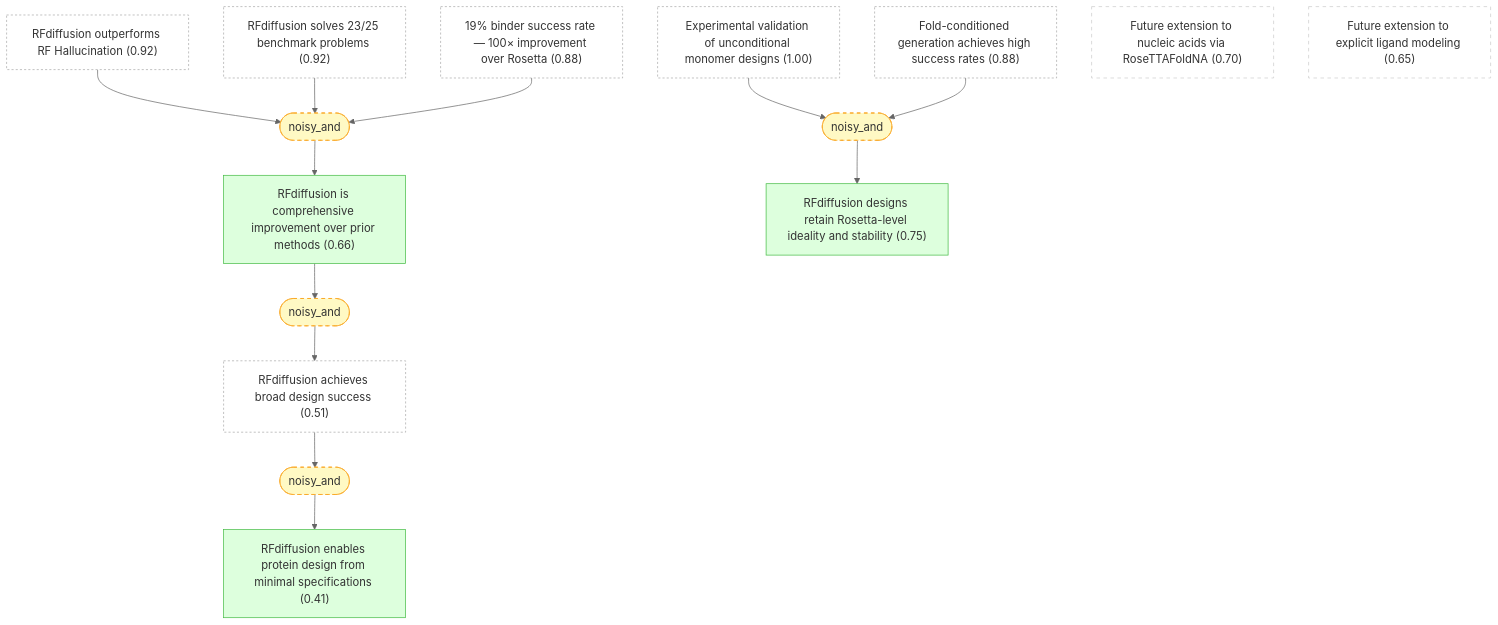
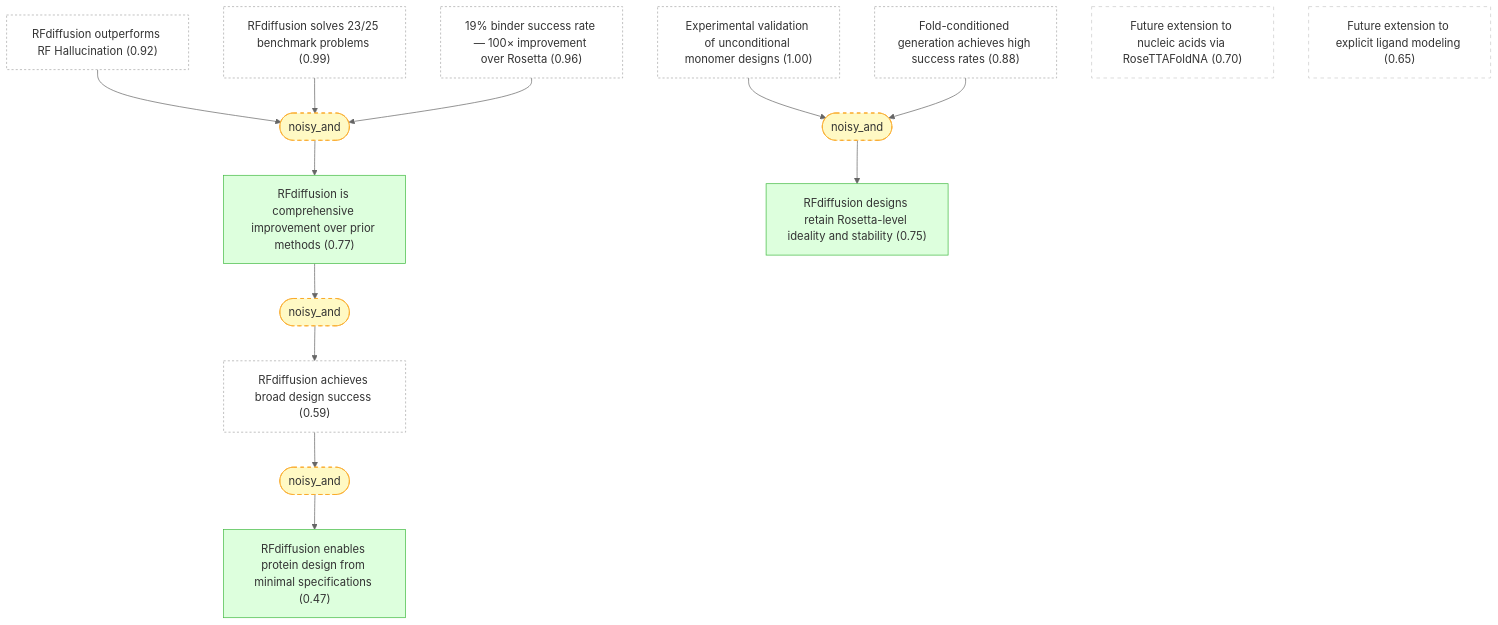
Before and after one commit to kunyuan/watson-rfdiffusion-2023-gaia: the eighth of 8 diagrams in README.md, drawn with Mermaid (neutral theme). The commit also changed other lines of this file and 7 other files, not shown here.

First line of the commit message:
Connect remaining 5 orphaned claims into reasoning graph

````diff
--- a/README.md
+++ b/README.md
@@ -1159,39 +1180,39 @@
 ```mermaid
 graph TD
-    rfdiffusion_broad_success["RFdiffusion achieves broad design success (0.51)"]:::external
+    rfdiffusion_broad_success["RFdiffusion achieves broad design success (0.59)"]:::external
     experimental_validation_monomers["Experimental validation of unconditional monomer designs (1.00)"]:::external
     outperforms_hallucination["RFdiffusion outperforms RF Hallucination (0.92)"]:::external
     fold_conditioned_generation["Fold-conditioned generation achieves high success rates (0.88)"]:::external
-    rfdiffusion_benchmark_performance["RFdiffusion solves 23/25 benchmark problems (0.92)"]:::external
-    binder_success_rate["19% binder success rate — 100× improvement over Rosetta (0.88)"]:::external
-    comprehensive_improvement["RFdiffusion is comprehensive improvement over prior methods (0.66)"]:::derived
+    rfdiffusion_benchmark_performance["RFdiffusion solves 23/25 benchmark problems (0.99)"]:::external
+    binder_success_rate["19% binder success rate — 100× improvement over Rosetta (0.96)"]:::external
+    comprehensive_improvement["RFdiffusion is comprehensive improvement over prior methods (0.77)"]:::derived
     ideality_and_stability["RFdiffusion designs retain Rosetta-level ideality and stability (0.75)"]:::derived
-    generality_claim["RFdiffusion enables protein design from minimal specifications (0.41)"]:::derived
+    generality_claim["RFdiffusion enables protein design from minimal specifications (0.47)"]:::derived
     future_nucleic_acids["Future extension to nucleic acids via RoseTTAFoldNA (0.70)"]:::orphan
     future_ligands["Future extension to explicit ligand modeling (0.65)"]:::orphan
-    strat_28(["noisy_and"]):::weak
-    outperforms_hallucination --> strat_28
-    rfdiffusion_benchmark_performance --> strat_28
-    binder_success_rate --> strat_28
-    strat_28 --> comprehensive_improvement
-    strat_29(["noisy_and"]):::weak
-    experimental_validation_monomers --> strat_29
-    fold_conditioned_generation --> strat_29
-    strat_29 --> ideality_and_stability
-    strat_30(["noisy_and"]):::weak
-    comprehensive_improvement --> strat_30
-    strat_30 --> rfdiffusion_broad_success
-    strat_31(["noisy_and"]):::weak
-    rfdiffusion_broad_success --> strat_31
-    strat_31 --> generality_claim
+    strat_32(["noisy_and"]):::weak
+    outperforms_hallucination --> strat_32
+    rfdiffusion_benchmark_performance --> strat_32
+    binder_success_rate --> strat_32
+    strat_32 --> comprehensive_improvement
+    strat_33(["noisy_and"]):::weak
+    experimental_validation_monomers --> strat_33
+    fold_conditioned_generation --> strat_33
+    strat_33 --> ideality_and_stability
+    strat_34(["noisy_and"]):::weak
+    comprehensive_improvement --> strat_34
+    strat_34 --> rfdiffusion_broad_success
+    strat_35(["noisy_and"]):::weak
+    rfdiffusion_broad_success --> strat_35
+    strat_35 --> generality_claim
 
     classDef setting fill:#f0f0f0,stroke:#999,color:#333
     classDef premise fill:#ddeeff,stroke:#4488bb,color:#333
     classDef derived fill:#ddffdd,stroke:#44bb44,color:#333
     classDef question fill:#fff3dd,stroke:#cc9944,color:#333
     classDef background fill:#f5f5f5,stroke:#bbb,stroke-dasharray: 5 5,color:#333
     classDef orphan fill:#fff,stroke:#ccc,stroke-dasharray: 5 5,color:#333
     classDef external fill:#fff,stroke:#aaa,stroke-dasharray: 3 3,color:#333
     classDef weak fill:#fff9c4,stroke:#f9a825,stroke-dasharray: 5 5,color:#333
     classDef contra fill:#ffebee,stroke:#c62828,color:#333
 ```
````
